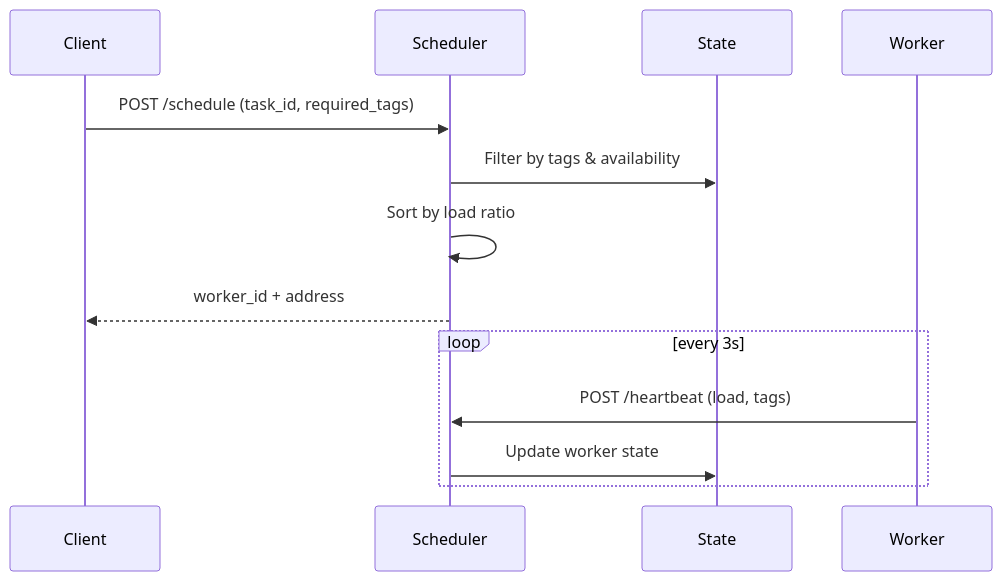
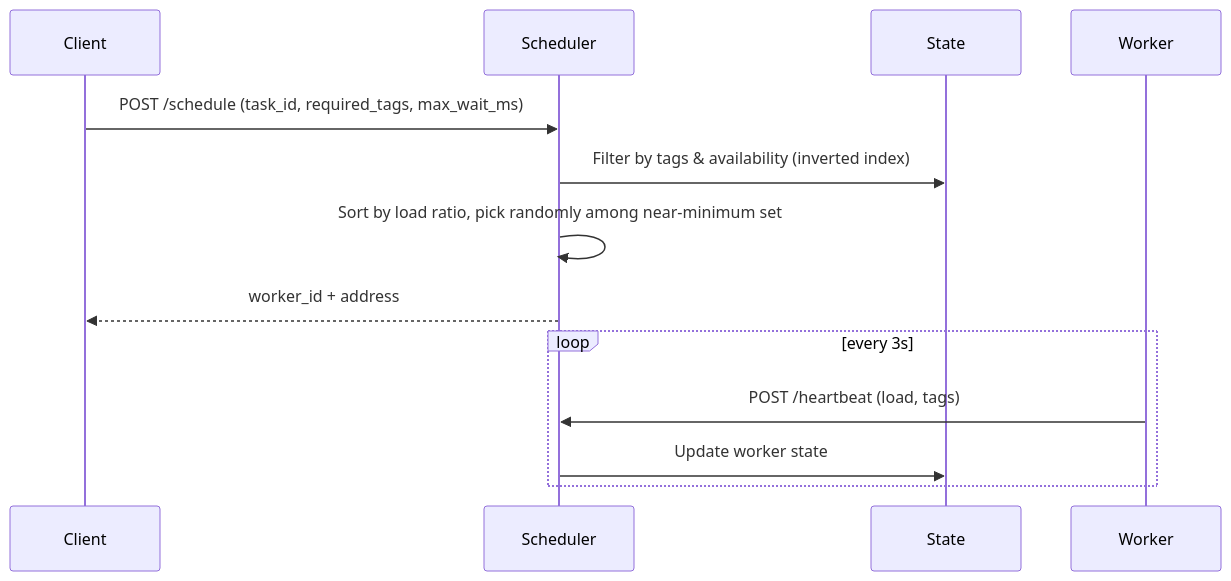
One commit to chicogong/dtask-scheduler changed the second of 2 diagrams in README.md. Above: the diagram before and after it, drawn with Mermaid. The commit also changed other lines of this file and 33 other files, not shown here.

````diff
--- a/README.md
+++ b/README.md
@@ -80,17 +86,17 @@
 ```mermaid
 sequenceDiagram
     participant Client
     participant Scheduler
     participant State
     participant Worker
 
-    Client->>Scheduler: POST /schedule (task_id, required_tags)
-    Scheduler->>State: Filter by tags & availability
-    Scheduler->>Scheduler: Sort by load ratio
+    Client->>Scheduler: POST /schedule (task_id, required_tags, max_wait_ms)
+    Scheduler->>State: Filter by tags & availability (inverted index)
+    Scheduler->>Scheduler: Sort by load ratio, pick randomly among near-minimum set
     Scheduler-->>Client: worker_id + address
 
     loop every 3s
         Worker->>Scheduler: POST /heartbeat (load, tags)
         Scheduler->>State: Update worker state
     end
 ```
````
